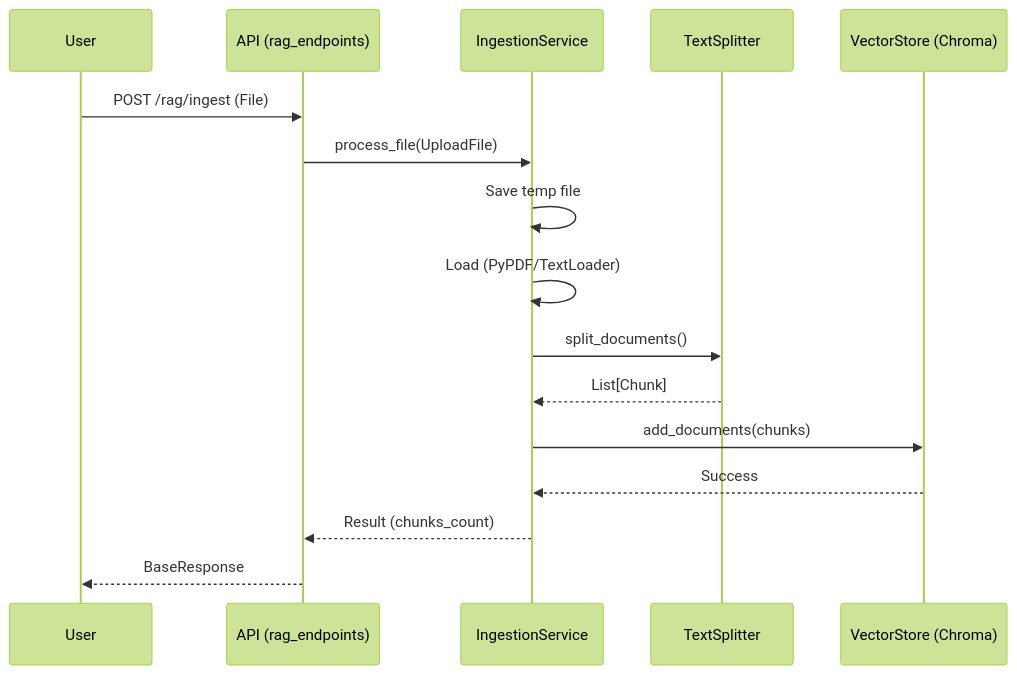
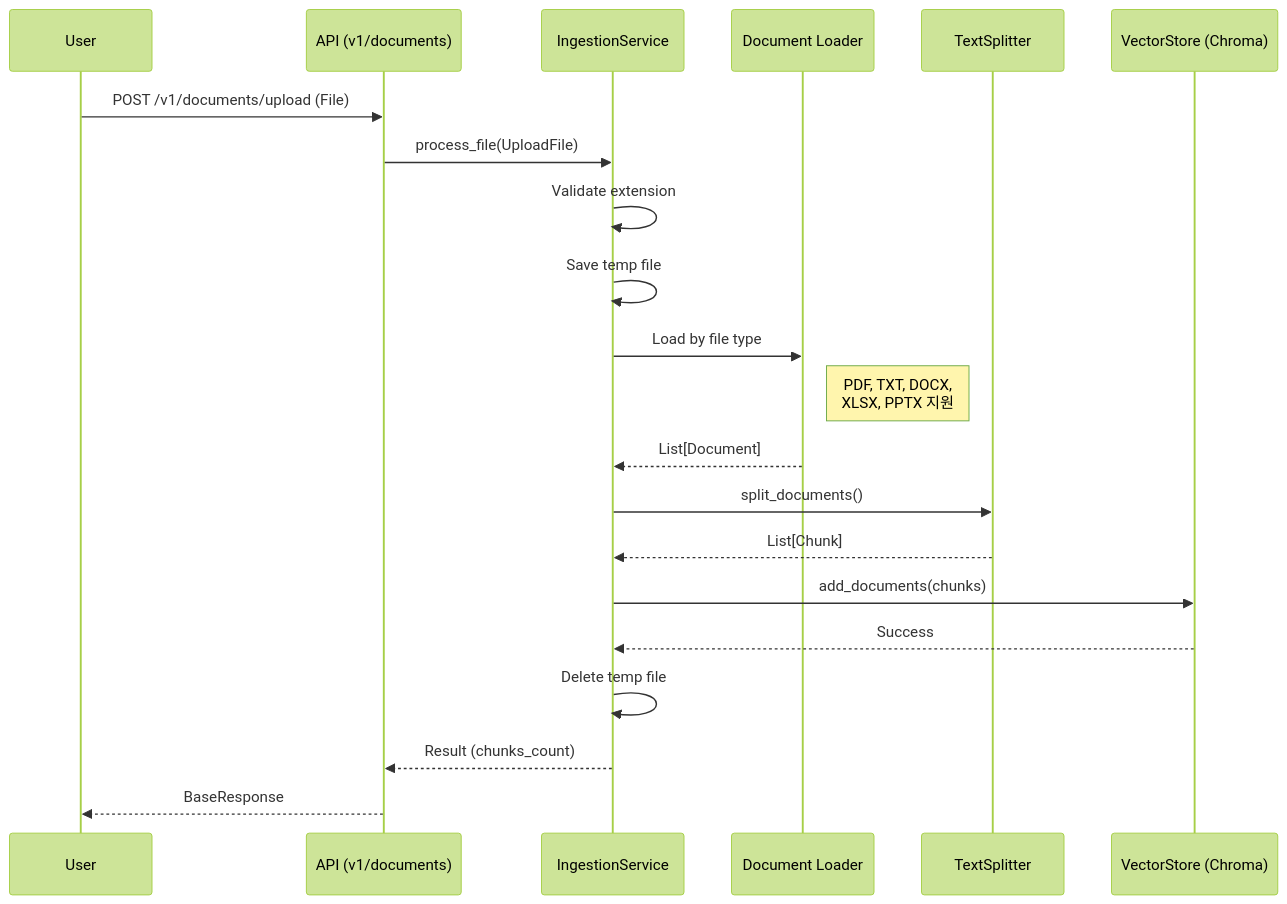
The third of 3 diagrams in README.md (Hyeongseob91/sm-ai-v2-backend), drawn with Mermaid (forest theme) before and after one commit. The commit also changed other lines of this file and 20 other files, not shown here.

First line of the commit message:
Supervisor-based Multi-Agent Architecture Design (Refactoring)

````diff
--- a/README.md
+++ b/README.md
@@ -170,19 +207,24 @@
 ```mermaid
 sequenceDiagram
     participant User
-    participant API as API (rag_endpoints)
+    participant API as API (v1/documents)
     participant Service as IngestionService
+    participant Loader as Document Loader
     participant Splitter as TextSplitter
     participant VectorDB as VectorStore (Chroma)
 
-    User->>API: POST /rag/ingest (File)
+    User->>API: POST /v1/documents/upload (File)
     API->>Service: process_file(UploadFile)
+    Service->>Service: Validate extension
     Service->>Service: Save temp file
-    Service->>Service: Load (PyPDF/TextLoader)
+    Service->>Loader: Load by file type
+    Note right of Loader: PDF, TXT, DOCX,<br/>XLSX, PPTX 지원
+    Loader-->>Service: List[Document]
     Service->>Splitter: split_documents()
     Splitter-->>Service: List[Chunk]
     Service->>VectorDB: add_documents(chunks)
     VectorDB-->>Service: Success
+    Service->>Service: Delete temp file
     Service-->>API: Result (chunks_count)
     API-->>User: BaseResponse
 ```
````
